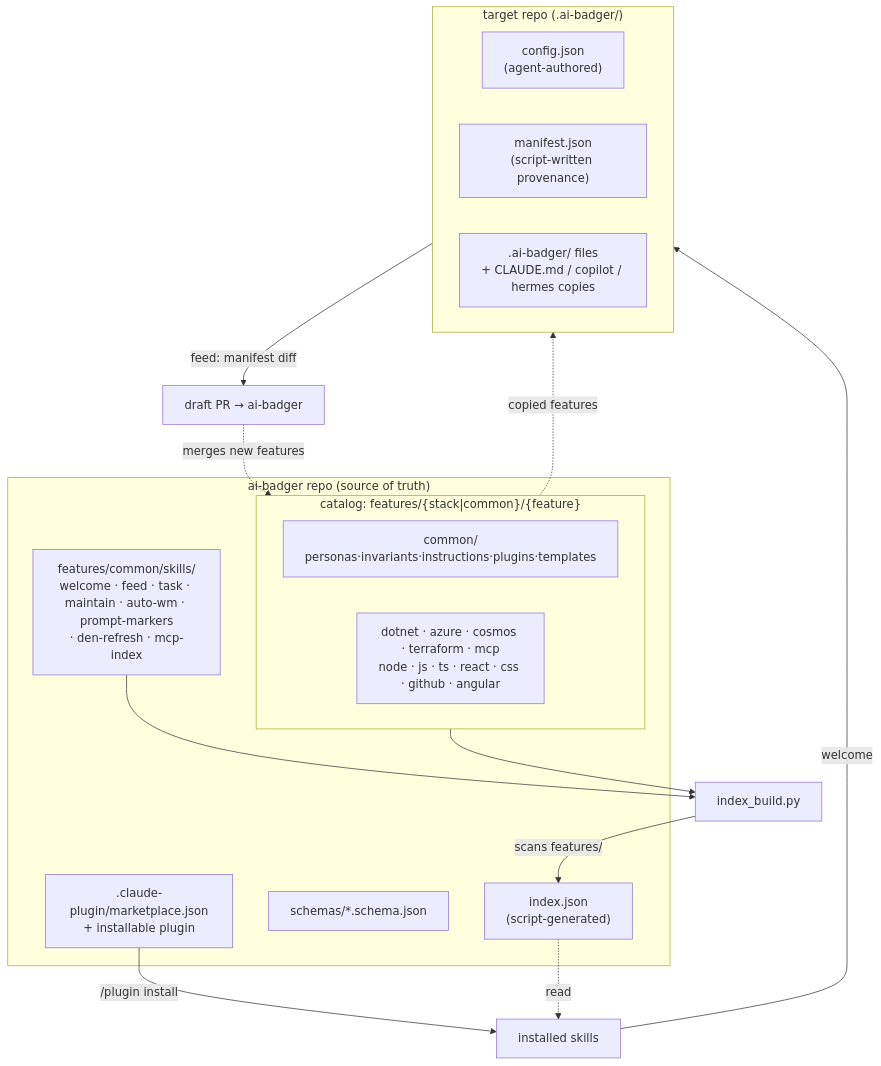
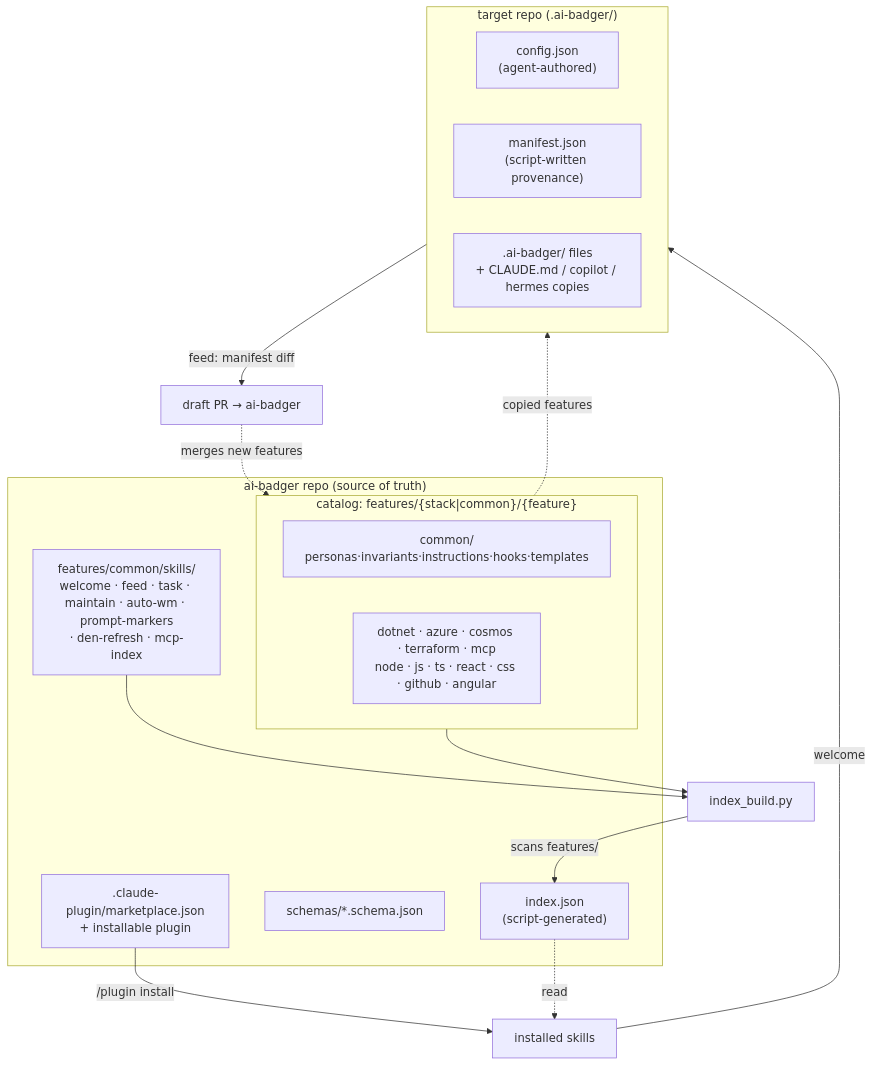
The diagram in README.md (Arasz/ai-badger), drawn with Mermaid before and after one commit. The commit also changed other lines of this file and 2 other files, not shown here.

First line of the commit message:
docs: update stale plugin references to skills/hooks/adjustments model (#42)

````diff
--- a/README.md
+++ b/README.md
@@ -146,27 +146,27 @@
 ```mermaid
 flowchart TB
   subgraph FW["ai-badger repo (source of truth)"]
     IDX["index.json\n(script-generated)"]
     SCH["schemas/*.schema.json"]
     subgraph CAT["catalog: features/{stack|common}/{feature}"]
-      COMMON["common/\npersonas·invariants·instructions·plugins·templates"]
+      COMMON["common/\npersonas·invariants·instructions·hooks·templates"]
       STACKS["dotnet · azure · cosmos · terraform · mcp\nnode · js · ts · react · css · github · angular"]
     end
     SKILLSDIR["features/common/skills/\nwelcome · feed · task · maintain · auto-wm · prompt-markers\n· den-refresh · mcp-index"]
     MKT[".claude-plugin/marketplace.json\n+ installable plugin"]
   end
   IDXbuild["index_build.py"] -->|scans features/| IDX
   CAT --> IDXbuild
   SKILLSDIR --> IDXbuild
   MKT -->|/plugin install| SKILLS["installed skills"]
   IDX -. read .-> SKILLS
   CAT -. copied features .-> PROJ
   subgraph PROJ["target repo (.ai-badger/)"]
     CFG["config.json\n(agent-authored)"]
     MAN["manifest.json\n(script-written provenance)"]
     OUT[".ai-badger/ files\n+ CLAUDE.md / copilot / hermes copies"]
   end
   SKILLS -->|welcome| PROJ
   PROJ -->|feed: manifest diff| PRD["draft PR → ai-badger"]
   PRD -. merges new features .-> CAT
 ```
````
